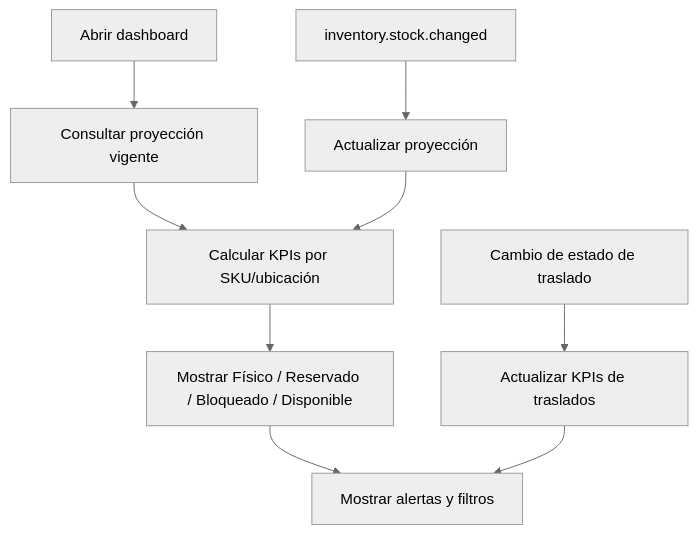
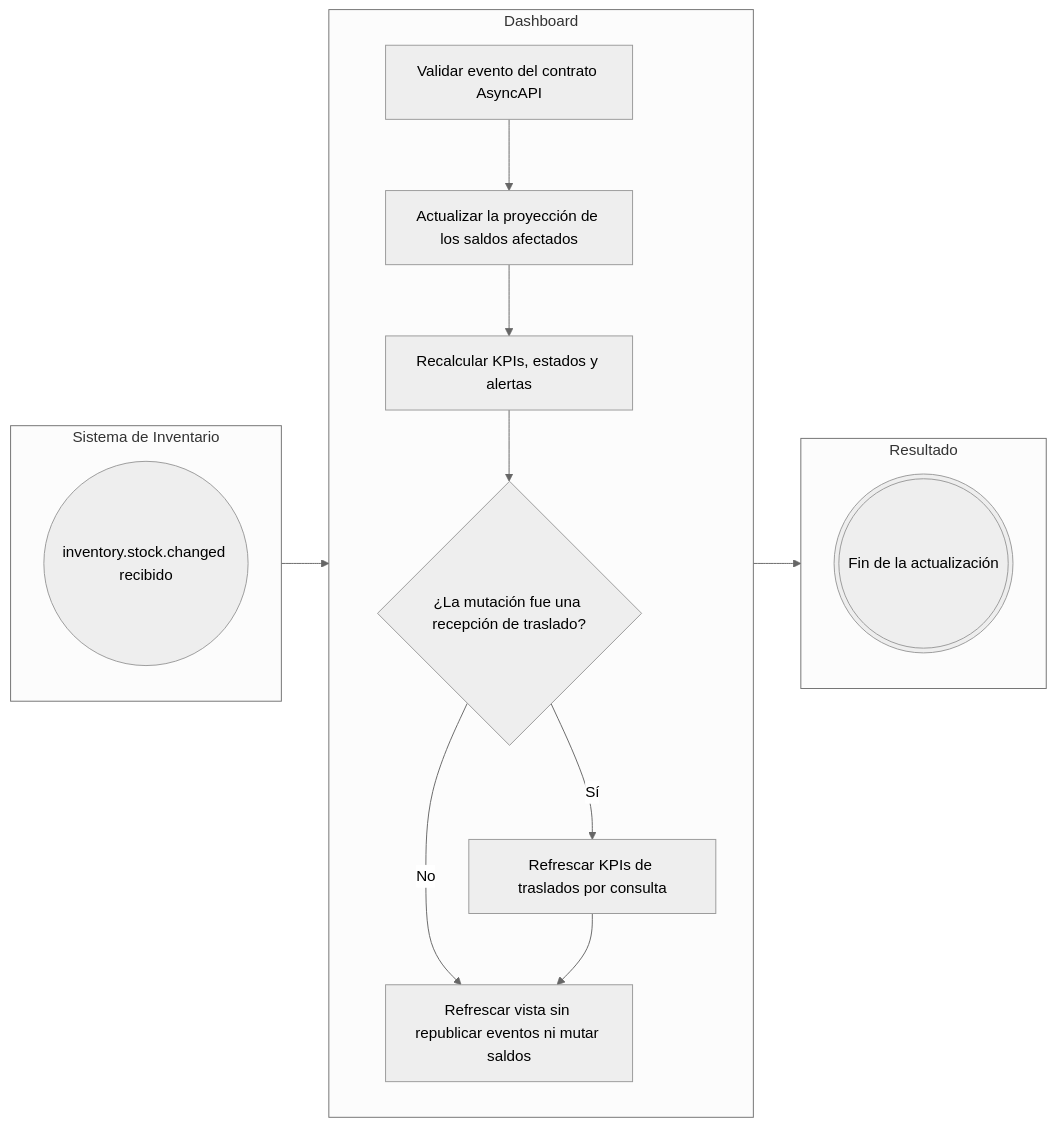
One commit to Taller-SW-Web/G6-Productos-Ofertas-docs changed the third of 5 diagrams in flujos/FLOW-016-dashboard-alertas-stock.md. Above: the diagram before and after it, drawn with Mermaid (neutral theme). The commit also changed other lines of this file and 1 other file, not shown here.

Commit message:
fix: correciones segun issues de la funcionalidad Stock

````diff
--- a/flujos/FLOW-016-dashboard-alertas-stock.md
+++ b/flujos/FLOW-016-dashboard-alertas-stock.md
@@ -4,11 +94,31 @@
 ```mermaid
-flowchart TD
-    A["Abrir dashboard"] --> B["Consultar proyección vigente"]
-    B --> C["Calcular KPIs por SKU/ubicación"]
-    C --> D["Mostrar Físico / Reservado / Bloqueado / Disponible"]
-    D --> E["Mostrar alertas y filtros"]
-    F["inventory.stock.changed"] --> G["Actualizar proyección"]
-    G --> C
-    H["Cambio de estado de traslado"] --> I["Actualizar KPIs de traslados"]
-    I --> E
+flowchart LR
+    subgraph INV["Sistema de Inventario"]
+        direction TB
+        E1(("inventory.stock.changed recibido"))
+    end
+
+    subgraph DASH["Dashboard"]
+        direction TB
+        A1["Validar evento del contrato AsyncAPI"]
+        A2["Actualizar la proyección de los saldos afectados"]
+        A3["Recalcular KPIs, estados y alertas"]
+        D1{"¿La mutación fue una recepción de traslado?"}
+        A4["Refrescar KPIs de traslados por consulta"]
+        A5["Refrescar vista sin republicar eventos ni mutar saldos"]
+    end
+
+    subgraph RES["Resultado"]
+        direction TB
+        FIN(((Fin de la actualización)))
+    end
+
+    E1 --> A1
+    A1 --> A2
+    A2 --> A3
+    A3 --> D1
+    D1 -->|"Sí"| A4
+    D1 -->|"No"| A5
+    A4 --> A5
+    A5 --> FIN
 ```
````
